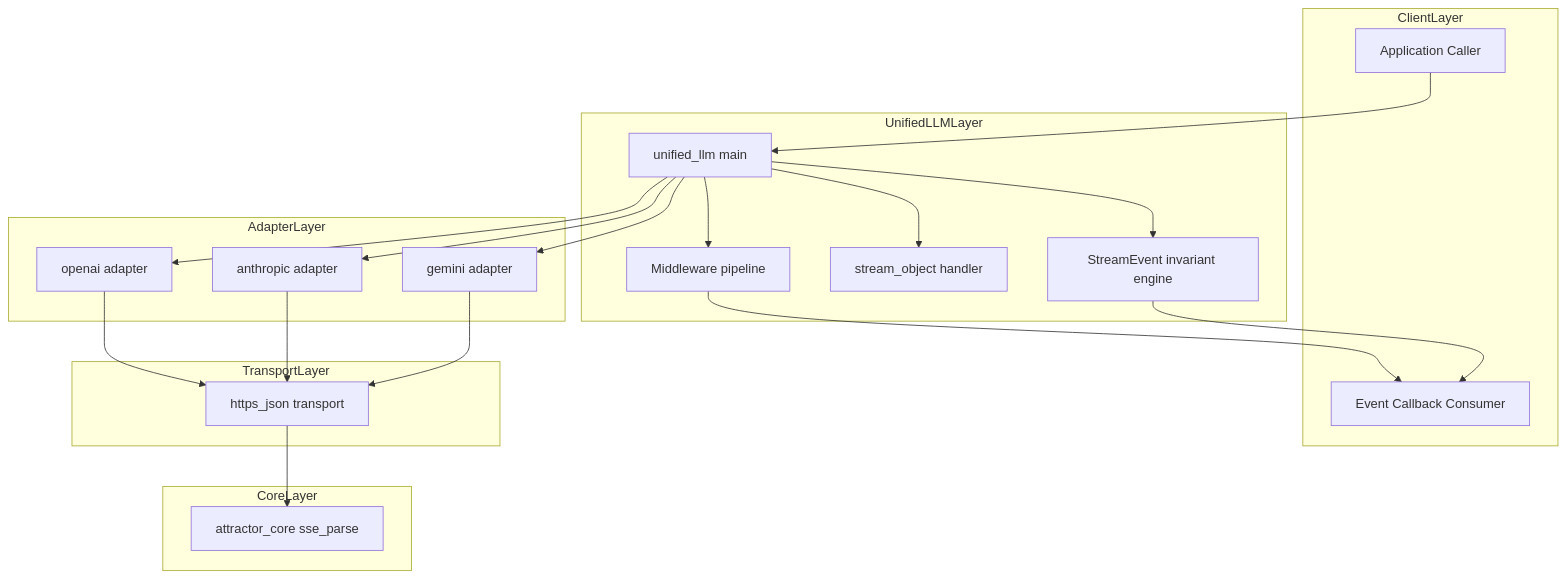
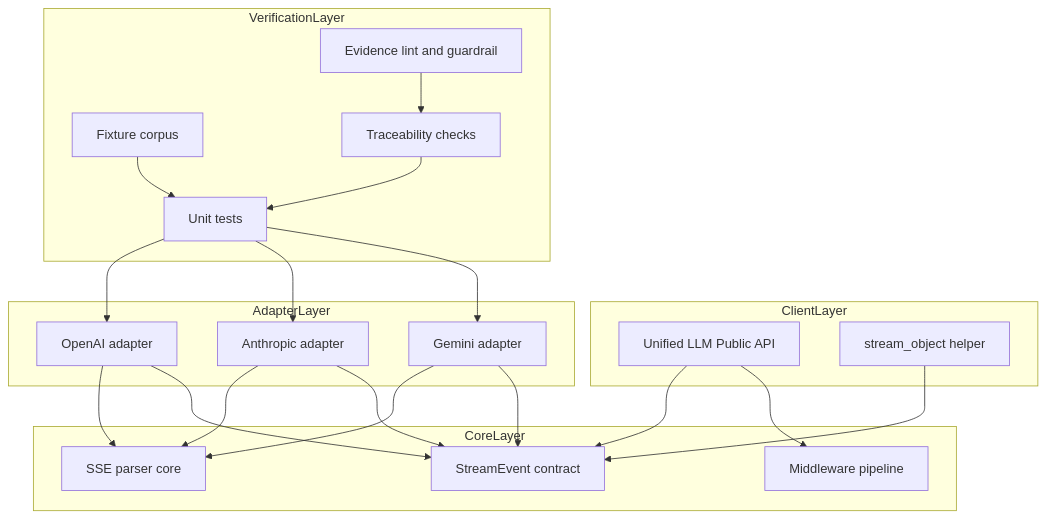
Before and after one commit to jaytaylor/attractor-tcl: the fifth of 5 diagrams in docs/sprints/SPRINT-005-comprehensive-implementation-plan.md, drawn with Mermaid. The commit also changed other lines of this file, not shown here.

````diff
--- a/docs/sprints/SPRINT-005-comprehensive-implementation-plan.md
+++ b/docs/sprints/SPRINT-005-comprehensive-implementation-plan.md
@@ -683,42 +1106,42 @@
 ```mermaid
 flowchart TB
   subgraph ClientLayer
-    C1[Application Caller]
-    C2[Event Callback Consumer]
+    C1[Unified LLM Public API]
+    C2[stream_object helper]
   end
 
-  subgraph UnifiedLLMLayer
-    U1[unified_llm main]
-    U2[StreamEvent invariant engine]
-    U3[stream_object handler]
-    U4[Middleware pipeline]
+  subgraph CoreLayer
+    K1[StreamEvent contract]
+    K2[SSE parser core]
+    K3[Middleware pipeline]
   end
 
   subgraph AdapterLayer
-    A1[openai adapter]
-    A2[anthropic adapter]
-    A3[gemini adapter]
+    A1[OpenAI adapter]
+    A2[Anthropic adapter]
+    A3[Gemini adapter]
   end
 
-  subgraph CoreLayer
-    K1[attractor_core sse_parse]
+  subgraph VerificationLayer
+    V1[Unit tests]
+    V2[Fixture corpus]
+    V3[Traceability checks]
+    V4[Evidence lint and guardrail]
   end
 
-  subgraph TransportLayer
-    T1[https_json transport]
-  end
-
-  C1 --> U1
-  U1 --> U2
-  U1 --> U3
-  U1 --> U4
-  U1 --> A1
-  U1 --> A2
-  U1 --> A3
-  A1 --> T1
-  A2 --> T1
-  A3 --> T1
-  T1 --> K1
-  U4 --> C2
-  U2 --> C2
+  C1 --> K1
+  C1 --> K3
+  C2 --> K1
+  A1 --> K2
+  A2 --> K2
+  A3 --> K2
+  A1 --> K1
+  A2 --> K1
+  A3 --> K1
+  V1 --> A1
+  V1 --> A2
+  V1 --> A3
+  V2 --> V1
+  V3 --> V1
+  V4 --> V3
 ```
````
